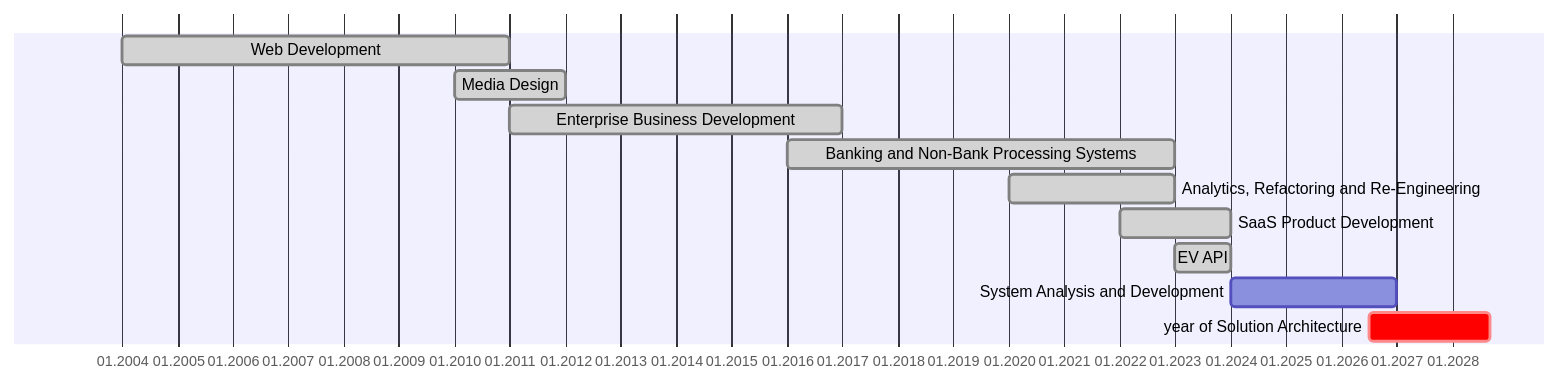
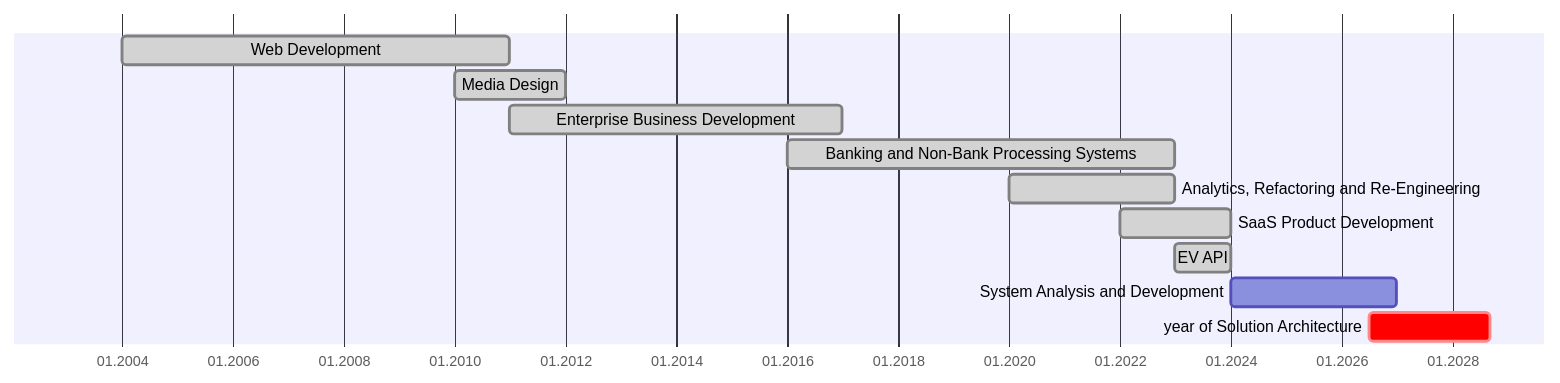
The diagram in _posts/2024-01-20-first-post.md (timnavigate/timnavigate.com), drawn with Mermaid before and after one commit. The commit also changed other lines of this file, not shown here.

Commit message:
refresh gantt chart

```diff
--- a/_posts/2024-01-20-first-post.md
+++ b/_posts/2024-01-20-first-post.md
@@ -32,18 +26,18 @@
 <pre class="mermaid">
 gantt
 
     dateformat YYYY-MM-DD
     axisFormat %m.%Y
-    tickInterval 12month
+    tickInterval 2year
 
     Web Development :done, 2004-01-01, 2010-12-31
     Media Design :done, 2010-01-01, 2011-12-31
     Enterprise Business Development :done, 2011-01-01, 2016-12-31
     Banking and Non-Bank Processing Systems :done, 2016-01-01, 2022-12-31
     Analytics, Refactoring and Re-Engineering :done, 2020-01-01, 2022-12-31
     SaaS Product Development :done, 2022-01-01, 2023-12-31
     EV API :done, 2023-01-01, 2023-12-31
     System Analysis and Development :current, 2024-01-01, 2026-12-31
     year of Solution Architecture :crit, 2026-06-31, 800d
 
 </pre>
```
